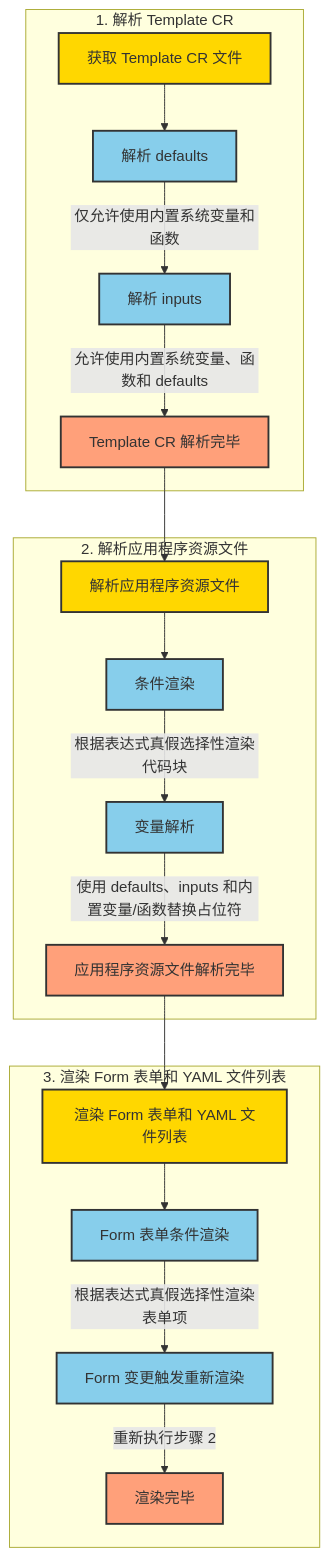
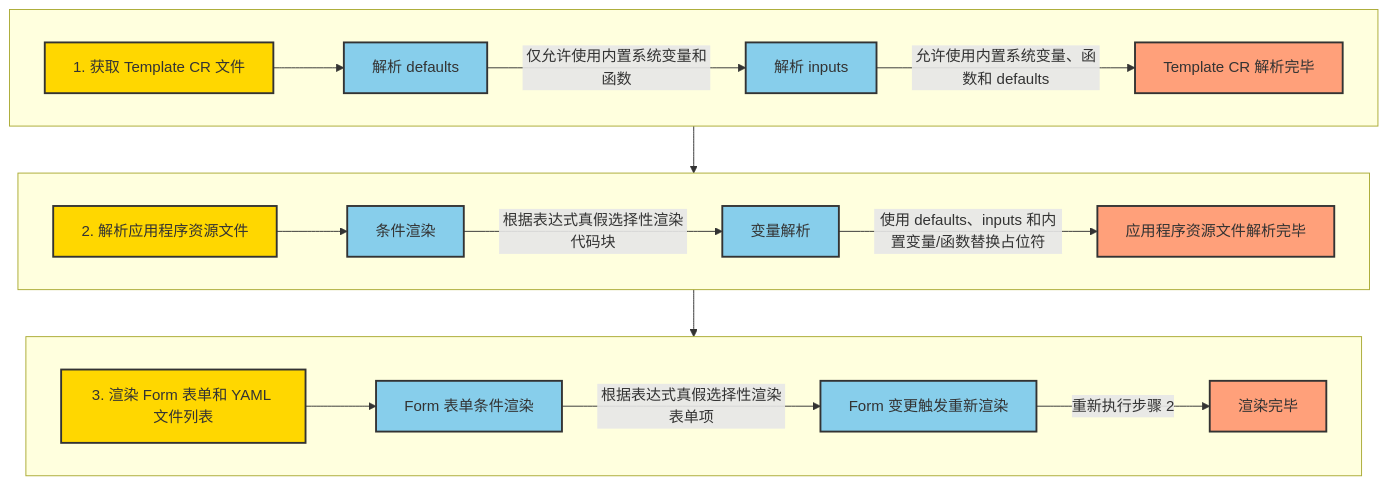
The diagram in example_zh.md (labring-actions/templates), drawn with Mermaid before and after one commit. The commit also changed 1 other file, not shown here.

Commit message:
fix: update example

````diff
--- a/example_zh.md
+++ b/example_zh.md
@@ -1198,33 +1198,34 @@
 ```mermaid
 graph TD
     style A fill:#FFD700,stroke:#333,stroke-width:2px
     style B fill:#87CEEB,stroke:#333,stroke-width:2px
     style C fill:#87CEEB,stroke:#333,stroke-width:2px
     style D fill:#FFA07A,stroke:#333,stroke-width:2px
     style E fill:#FFD700,stroke:#333,stroke-width:2px
     style F fill:#87CEEB,stroke:#333,stroke-width:2px
     style G fill:#87CEEB,stroke:#333,stroke-width:2px
     style H fill:#FFA07A,stroke:#333,stroke-width:2px
     style I fill:#FFD700,stroke:#333,stroke-width:2px
     style J fill:#87CEEB,stroke:#333,stroke-width:2px
     style K fill:#87CEEB,stroke:#333,stroke-width:2px
     style L fill:#FFA07A,stroke:#333,stroke-width:2px
 
-    subgraph "1. 解析 Template CR"
-        A[获取 Template CR 文件] --> B[解析 defaults]
+    subgraph sub1[ ]
+        A[1. 获取 Template CR 文件] --> B[解析 defaults]
         B -- 仅允许使用内置系统变量和函数 --> C[解析 inputs]
         C -- 允许使用内置系统变量、函数和 defaults --> D[Template CR 解析完毕]
     end
-    D --> E[解析应用程序资源文件]
-    subgraph "2. 解析应用程序资源文件"
-        E --> F[条件渲染]
+    subgraph sub2[ ]
+        E[2. 解析应用程序资源文件] --> F[条件渲染]
         F -- 根据表达式真假选择性渲染代码块 --> G[变量解析]
         G -- 使用 defaults、inputs 和内置变量/函数替换占位符 --> H[应用程序资源文件解析完毕]
     end
-    H --> I[渲染 Form 表单和 YAML 文件列表]
-    subgraph "3. 渲染 Form 表单和 YAML 文件列表"
-        I --> J[Form 表单条件渲染]
+    subgraph sub3[ ]
+        I[3. 渲染 Form 表单和 YAML 文件列表] --> J[Form 表单条件渲染]
         J -- 根据表达式真假选择性渲染表单项 --> K[Form 变更触发重新渲染]
         K -- 重新执行步骤 2 --> L[渲染完毕]
     end
+    
+    sub1 --> sub2
+    sub2 --> sub3
 ```
````
